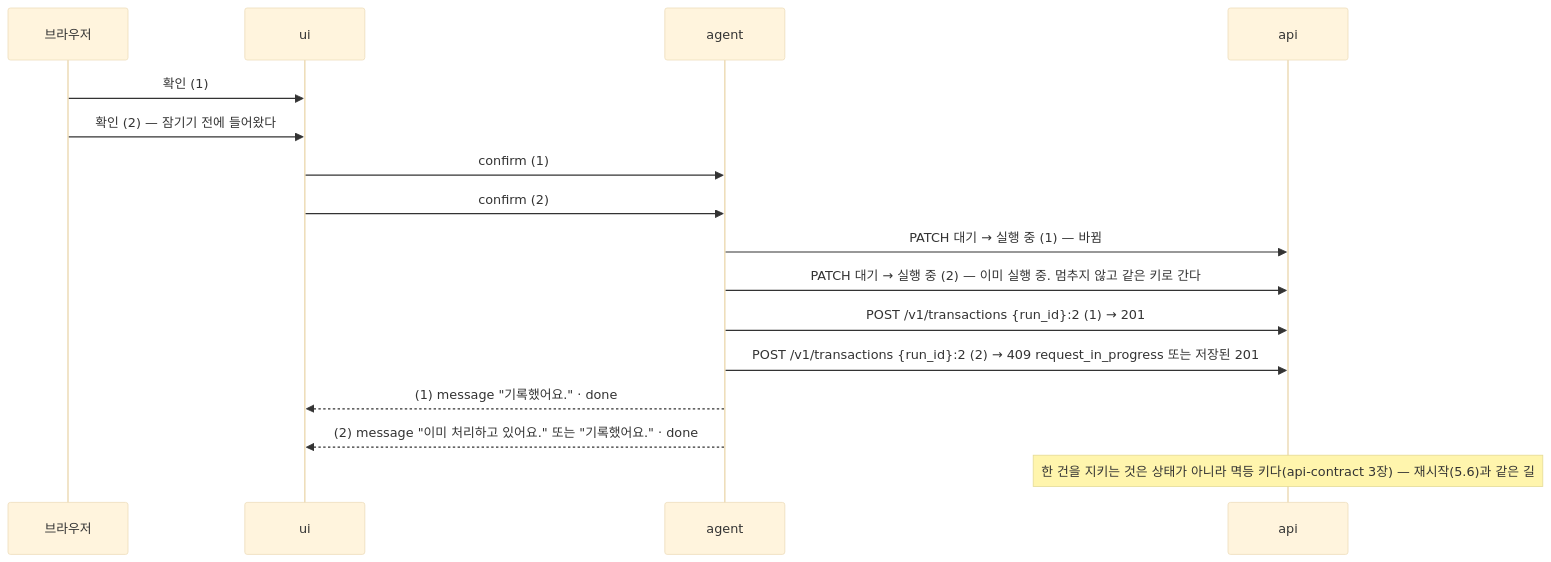
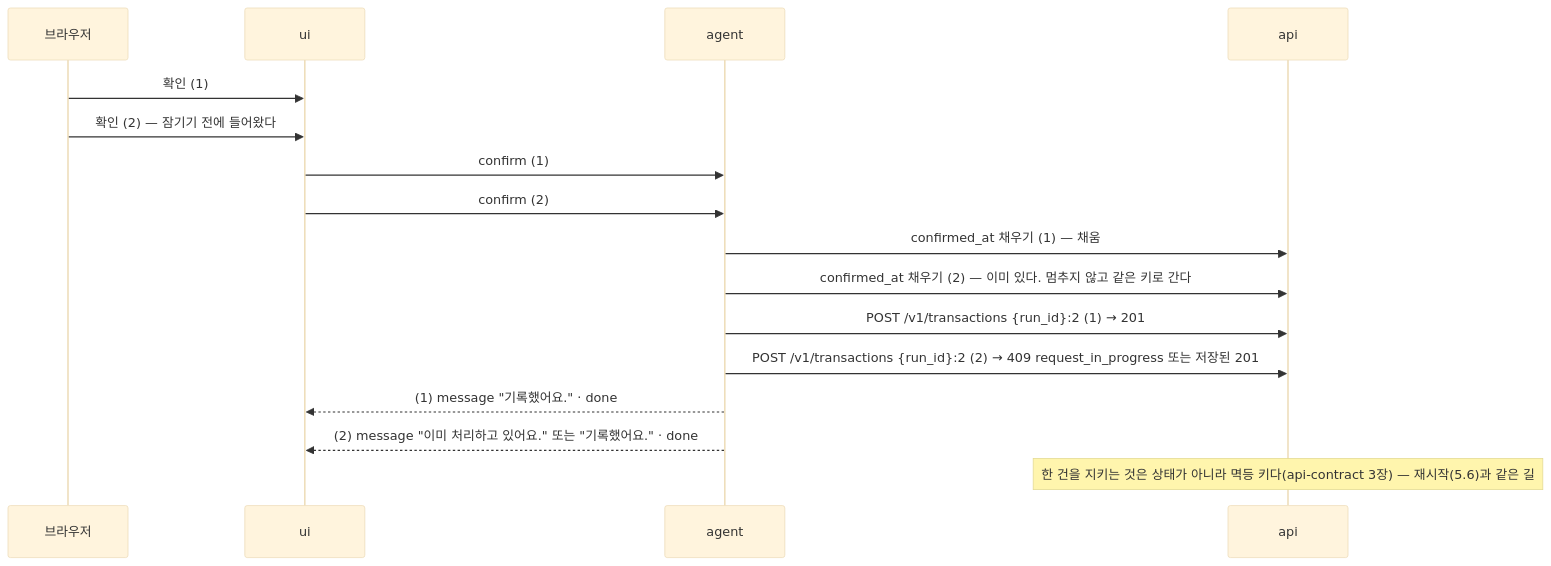
One commit to 2026-ai-service-engineering-a/account-book changed the fifth of 6 diagrams in docs/ai/chat-capture.md. Above: the diagram before and after it, drawn with Mermaid (base theme). The commit also changed other lines of this file, not shown here.

````diff
--- a/docs/ai/chat-capture.md
+++ b/docs/ai/chat-capture.md
@@ -171,18 +169,18 @@
 ```mermaid
 sequenceDiagram
     participant B as 브라우저
     participant U as ui
     participant AG as agent
     participant API as api
     B->>U: 확인 (1)
     B->>U: 확인 (2) — 잠기기 전에 들어왔다
     U->>AG: confirm (1)
     U->>AG: confirm (2)
-    AG->>API: PATCH 대기 → 실행 중 (1) — 바뀜
-    AG->>API: PATCH 대기 → 실행 중 (2) — 이미 실행 중. 멈추지 않고 같은 키로 간다
+    AG->>API: confirmed_at 채우기 (1) — 채움
+    AG->>API: confirmed_at 채우기 (2) — 이미 있다. 멈추지 않고 같은 키로 간다
     AG->>API: POST /v1/transactions {run_id}:2 (1) → 201
     AG->>API: POST /v1/transactions {run_id}:2 (2) → 409 request_in_progress 또는 저장된 201
     AG-->>U: (1) message "기록했어요." · done
     AG-->>U: (2) message "이미 처리하고 있어요." 또는 "기록했어요." · done
     Note over API: 한 건을 지키는 것은 상태가 아니라 멱등 키다(api-contract 3장) — 재시작(5.6)과 같은 길
 ```
````
